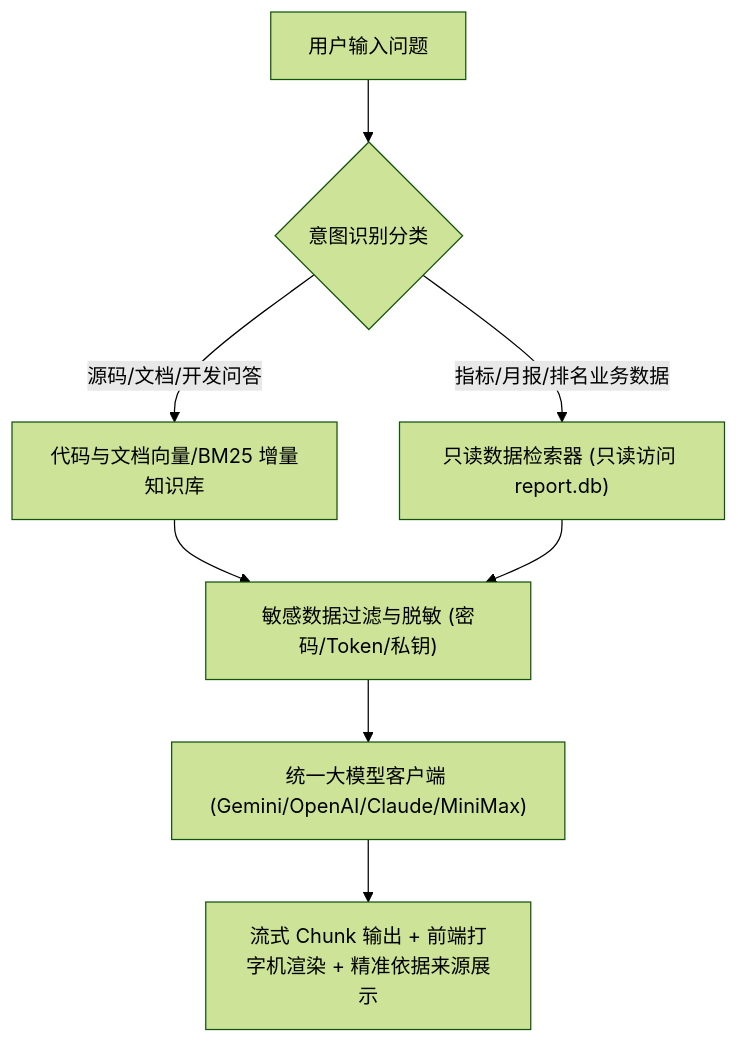
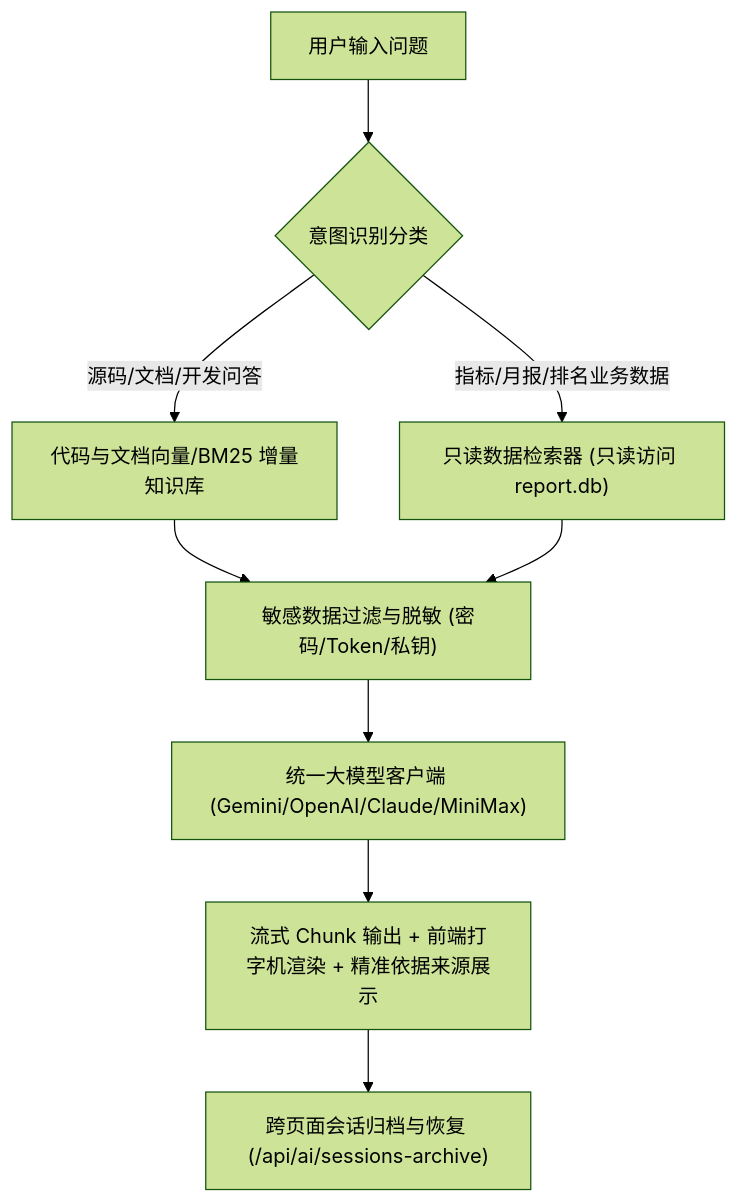
The seventh of 16 diagrams in tools-platform/README.md (fanxiaolongx-max/privacy-policy), drawn with Mermaid (forest theme) before and after one commit. The commit also changed other lines of this file and 1 other file, not shown here.

Commit message:
docs: 全面同步刷新平台能力全景、月报工作区、Dragon Claw智能体与Schema字典

````diff
--- a/tools-platform/README.md
+++ b/tools-platform/README.md
@@ -523,10 +568,11 @@
 ```mermaid
 flowchart TD
     Q["用户输入问题"] --> INT{"意图识别分类"}
     INT -->|源码/文档/开发问答| K1["代码与文档向量/BM25 增量知识库"]
     INT -->|指标/月报/排名业务数据| K2["只读数据检索器 (只读访问 report.db)"]
     K1 --> SEC["敏感数据过滤与脱敏 (密码/Token/私钥)"]
     K2 --> SEC
     SEC --> LLM["统一大模型客户端 (Gemini/OpenAI/Claude/MiniMax)"]
     LLM --> OUT["流式 Chunk 输出 + 前端打字机渲染 + 精准依据来源展示"]
+    OUT --> SESS["跨页面会话归档与恢复 (/api/ai/sessions-archive)"]
 ```
````
